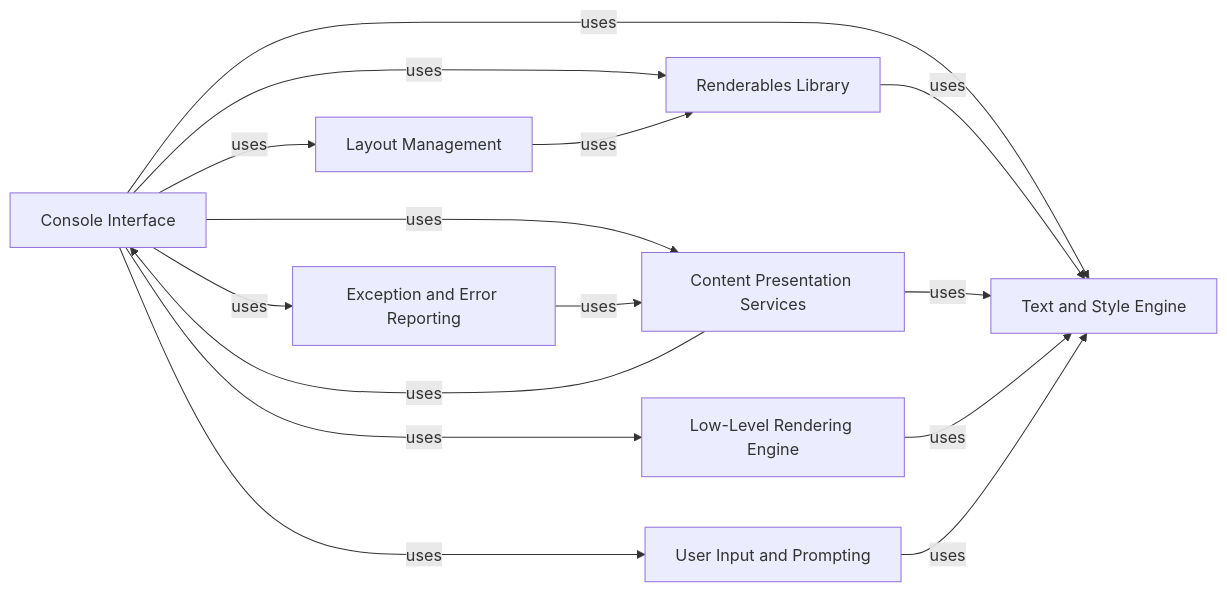
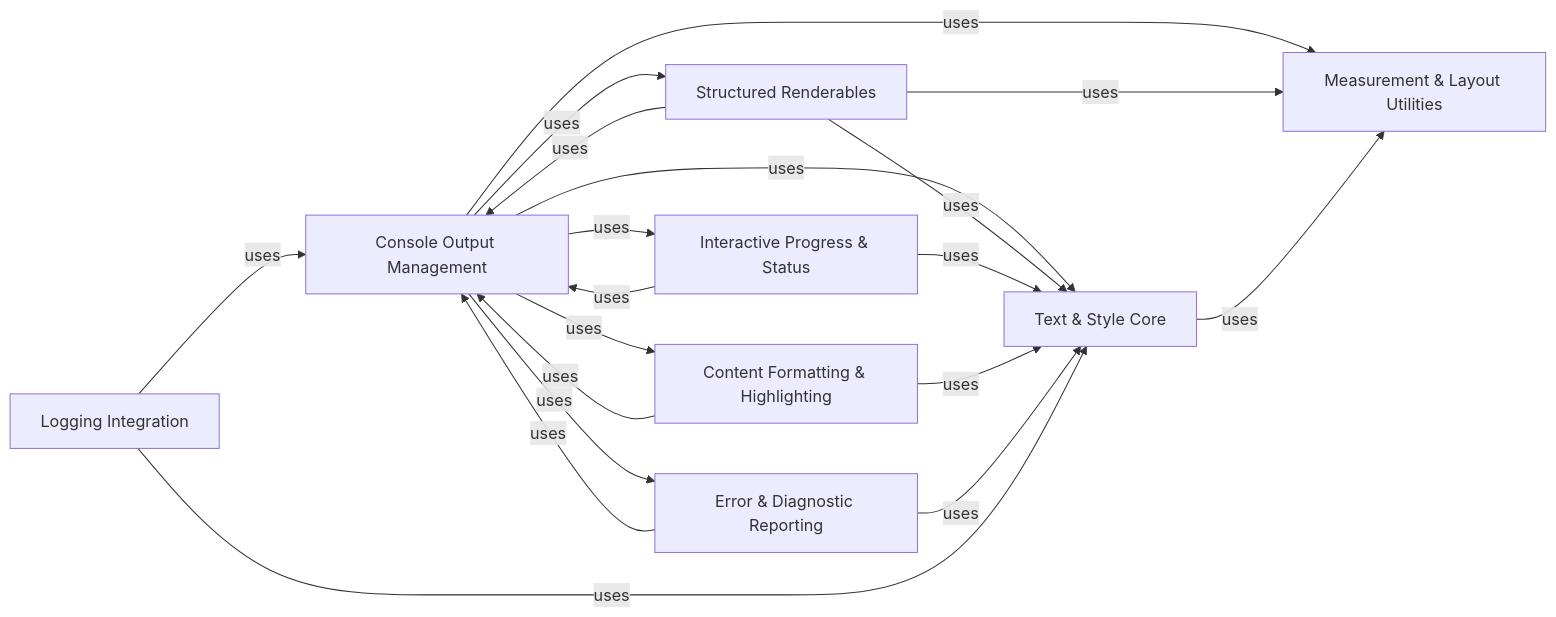
One commit to CodeBoarding/GeneratedOnBoardings changed the diagram in rich/on_boarding.md. Above: the diagram before and after it, drawn with Mermaid. The commit also changed other lines of this file and 16 other files, not shown here.

````diff
--- a/rich/on_boarding.md
+++ b/rich/on_boarding.md
@@ -1,33 +1,37 @@
 ```mermaid
 graph LR
-    Console_Interface["Console Interface"]
-    Text_and_Style_Engine["Text and Style Engine"]
-    Layout_Management["Layout Management"]
-    Renderables_Library["Renderables Library"]
-    Content_Presentation_Services["Content Presentation Services"]
-    Exception_and_Error_Reporting["Exception and Error Reporting"]
-    Low_Level_Rendering_Engine["Low-Level Rendering Engine"]
-    User_Input_and_Prompting["User Input and Prompting"]
-    Console_Interface -- "uses" --> Text_and_Style_Engine
-    Console_Interface -- "uses" --> Layout_Management
-    Console_Interface -- "uses" --> Renderables_Library
-    Console_Interface -- "uses" --> Content_Presentation_Services
-    Console_Interface -- "uses" --> Exception_and_Error_Reporting
-    Console_Interface -- "uses" --> Low_Level_Rendering_Engine
-    Console_Interface -- "uses" --> User_Input_and_Prompting
-    Layout_Management -- "uses" --> Renderables_Library
-    Renderables_Library -- "uses" --> Text_and_Style_Engine
-    Content_Presentation_Services -- "uses" --> Text_and_Style_Engine
-    Content_Presentation_Services -- "uses" --> Console_Interface
-    Exception_and_Error_Reporting -- "uses" --> Content_Presentation_Services
-    Low_Level_Rendering_Engine -- "uses" --> Text_and_Style_Engine
-    User_Input_and_Prompting -- "uses" --> Text_and_Style_Engine
-    click Console_Interface href "https://github.com/CodeBoarding/GeneratedOnBoardings/blob/main/rich/Console Interface.md" "Details"
-    click Text_and_Style_Engine href "https://github.com/CodeBoarding/GeneratedOnBoardings/blob/main/rich/Text and Style Engine.md" "Details"
-    click Layout_Management href "https://github.com/CodeBoarding/GeneratedOnBoardings/blob/main/rich/Layout Management.md" "Details"
-    click Renderables_Library href "https://github.com/CodeBoarding/GeneratedOnBoardings/blob/main/rich/Renderables Library.md" "Details"
-    click Content_Presentation_Services href "https://github.com/CodeBoarding/GeneratedOnBoardings/blob/main/rich/Content Presentation Services.md" "Details"
-    click Exception_and_Error_Reporting href "https://github.com/CodeBoarding/GeneratedOnBoardings/blob/main/rich/Exception and Error Reporting.md" "Details"
-    click Low_Level_Rendering_Engine href "https://github.com/CodeBoarding/GeneratedOnBoardings/blob/main/rich/Low-Level Rendering Engine.md" "Details"
-    click User_Input_and_Prompting href "https://github.com/CodeBoarding/GeneratedOnBoardings/blob/main/rich/User Input and Prompting.md" "Details"
+    Text_Style_Core["Text & Style Core"]
+    Console_Output_Management["Console Output Management"]
+    Structured_Renderables["Structured Renderables"]
+    Interactive_Progress_Status["Interactive Progress & Status"]
+    Content_Formatting_Highlighting["Content Formatting & Highlighting"]
+    Error_Diagnostic_Reporting["Error & Diagnostic Reporting"]
+    Measurement_Layout_Utilities["Measurement & Layout Utilities"]
+    Logging_Integration["Logging Integration"]
+    Console_Output_Management -- "uses" --> Text_Style_Core
+    Console_Output_Management -- "uses" --> Structured_Renderables
+    Console_Output_Management -- "uses" --> Interactive_Progress_Status
+    Console_Output_Management -- "uses" --> Content_Formatting_Highlighting
+    Console_Output_Management -- "uses" --> Error_Diagnostic_Reporting
+    Console_Output_Management -- "uses" --> Measurement_Layout_Utilities
+    Structured_Renderables -- "uses" --> Text_Style_Core
+    Structured_Renderables -- "uses" --> Console_Output_Management
+    Structured_Renderables -- "uses" --> Measurement_Layout_Utilities
+    Interactive_Progress_Status -- "uses" --> Text_Style_Core
+    Interactive_Progress_Status -- "uses" --> Console_Output_Management
+    Content_Formatting_Highlighting -- "uses" --> Text_Style_Core
+    Content_Formatting_Highlighting -- "uses" --> Console_Output_Management
+    Error_Diagnostic_Reporting -- "uses" --> Text_Style_Core
+    Error_Diagnostic_Reporting -- "uses" --> Console_Output_Management
+    Text_Style_Core -- "uses" --> Measurement_Layout_Utilities
+    Logging_Integration -- "uses" --> Console_Output_Management
+    Logging_Integration -- "uses" --> Text_Style_Core
+    click Text_Style_Core href "https://github.com/CodeBoarding/GeneratedOnBoardings/blob/main/rich/Text & Style Core.md" "Details"
+    click Console_Output_Management href "https://github.com/CodeBoarding/GeneratedOnBoardings/blob/main/rich/Console Output Management.md" "Details"
+    click Structured_Renderables href "https://github.com/CodeBoarding/GeneratedOnBoardings/blob/main/rich/Structured Renderables.md" "Details"
+    click Interactive_Progress_Status href "https://github.com/CodeBoarding/GeneratedOnBoardings/blob/main/rich/Interactive Progress & Status.md" "Details"
+    click Content_Formatting_Highlighting href "https://github.com/CodeBoarding/GeneratedOnBoardings/blob/main/rich/Content Formatting & Highlighting.md" "Details"
+    click Error_Diagnostic_Reporting href "https://github.com/CodeBoarding/GeneratedOnBoardings/blob/main/rich/Error & Diagnostic Reporting.md" "Details"
+    click Measurement_Layout_Utilities href "https://github.com/CodeBoarding/GeneratedOnBoardings/blob/main/rich/Measurement & Layout Utilities.md" "Details"
+    click Logging_Integration href "https://github.com/CodeBoarding/GeneratedOnBoardings/blob/main/rich/Logging Integration.md" "Details"
 ```
````
